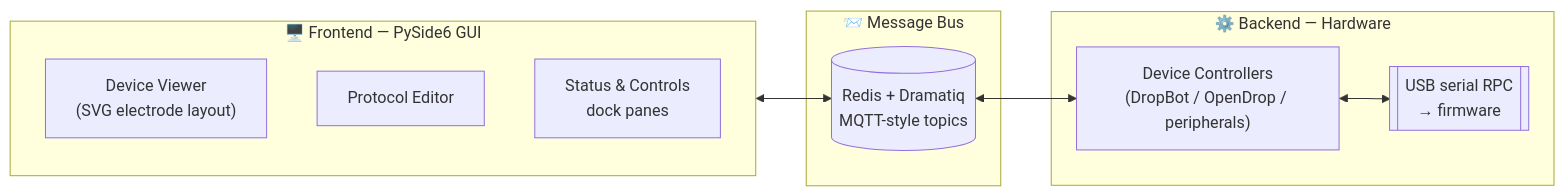
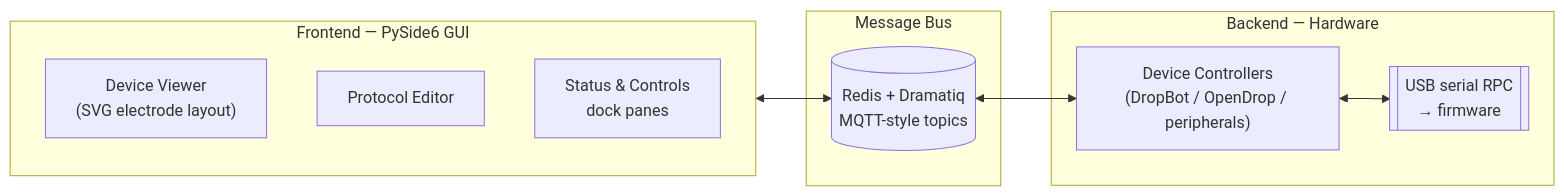
One commit to Blue-Ocean-Technologies-Inc/Microdrop changed the diagram in README.md. Above: the diagram before and after it, drawn with Mermaid. The commit also changed other lines of this file, not shown here.

````diff
--- a/README.md
+++ b/README.md
@@ -179,18 +190,18 @@
 ```mermaid
 flowchart LR
-    subgraph FE["🖥️ Frontend — PySide6 GUI"]
+    subgraph FE["Frontend — PySide6 GUI"]
         DV["Device Viewer<br/>(SVG electrode layout)"]
         PG["Protocol Editor"]
         DP["Status & Controls<br/>dock panes"]
     end
-    subgraph BUS["📨 Message Bus"]
+    subgraph BUS["Message Bus"]
         R[("Redis + Dramatiq<br/>MQTT-style topics")]
     end
-    subgraph BE["⚙️ Backend — Hardware"]
+    subgraph BE["Backend — Hardware"]
         DC["Device Controllers<br/>(DropBot / OpenDrop / peripherals)"]
         HW[["USB serial RPC<br/>→ firmware"]]
     end
     FE <--> R
     R <--> DC
     DC <--> HW
 ```
````
